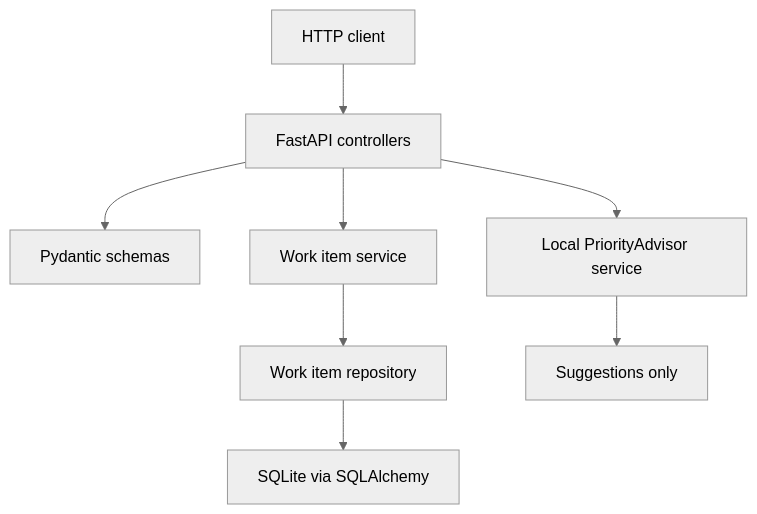
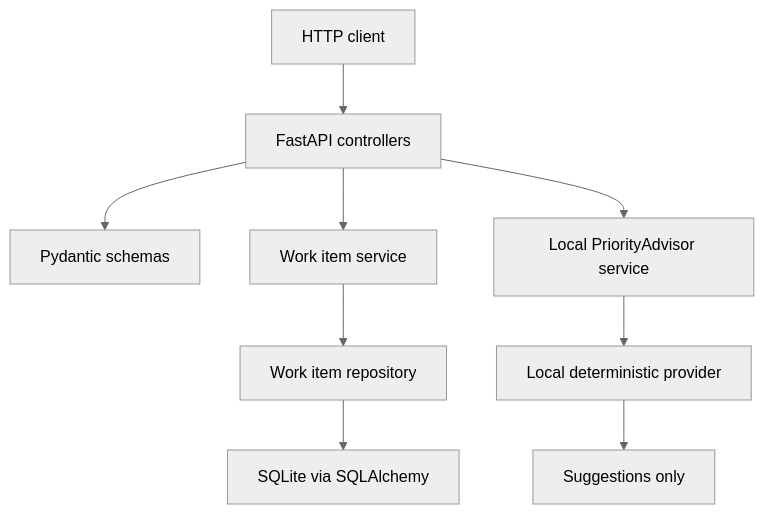
One commit to andredemari/micro-api-work-items changed the diagram in README.md. Above: the diagram before and after it, drawn with Mermaid (neutral theme). The commit also changed other lines of this file and 5 other files, not shown here.

Commit message:
test: add local priority provider coverage

````diff
--- a/README.md
+++ b/README.md
@@ -165,10 +166,11 @@
 ```mermaid
 flowchart TD
     Client["HTTP client"] --> Controllers["FastAPI controllers"]
     Controllers --> Schemas["Pydantic schemas"]
     Controllers --> Services["Work item service"]
     Services --> Repository["Work item repository"]
     Repository --> SQLite["SQLite via SQLAlchemy"]
     Controllers --> Advisor["Local PriorityAdvisor service"]
-    Advisor --> Suggestions["Suggestions only"]
+    Advisor --> Provider["Local deterministic provider"]
+    Provider --> Suggestions["Suggestions only"]
 ```
````
